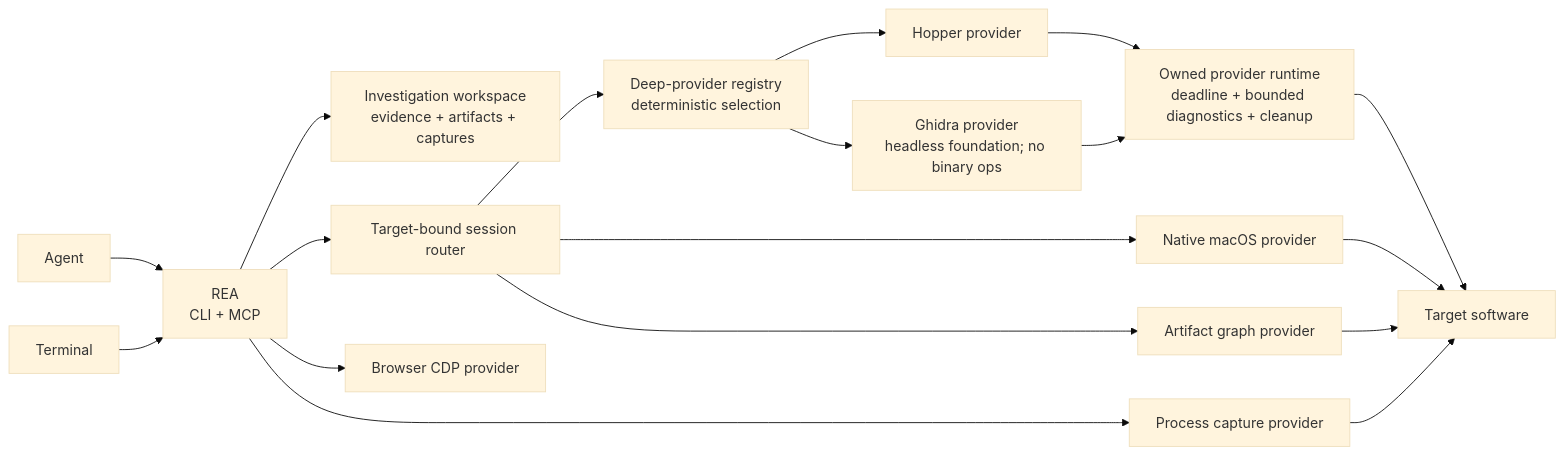
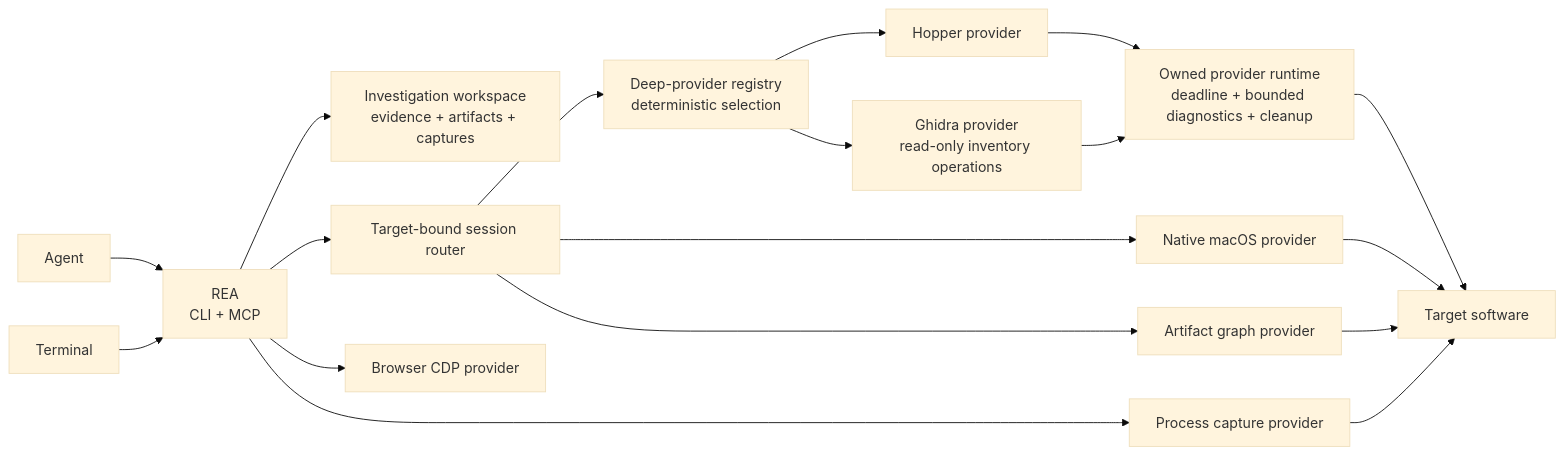
One commit to bryankwandou/rea changed the diagram in README.md. Above: the diagram before and after it, drawn with Mermaid (base theme). The commit also changed other lines of this file and 100 other files, not shown here.

Commit message:
feat(ghidra): implement read-only inventory operations

````diff
--- a/README.md
+++ b/README.md
@@ -424,20 +428,20 @@
 ```mermaid
 flowchart LR
     Agent["Agent"] --> REA["REA<br/>CLI + MCP"]
     Terminal --> REA
     REA --> Workspace["Investigation workspace<br/>evidence + artifacts + captures"]
     REA --> Session["Target-bound session router"]
     Session --> Registry["Deep-provider registry<br/>deterministic selection"]
     Registry --> Hopper["Hopper provider"]
-    Registry --> Ghidra["Ghidra provider<br/>headless foundation; no binary ops"]
+    Registry --> Ghidra["Ghidra provider<br/>read-only inventory operations"]
     Hopper --> Runtime["Owned provider runtime<br/>deadline + bounded diagnostics + cleanup"]
     Ghidra --> Runtime
     Session --> Native["Native macOS provider"]
     Session --> Artifact["Artifact graph provider"]
     REA --> Browser["Browser CDP provider"]
     REA --> Process["Process capture provider"]
     Runtime --> Target["Target software"]
     Process --> Target
     Native --> Target
     Artifact --> Target
 ```
````
